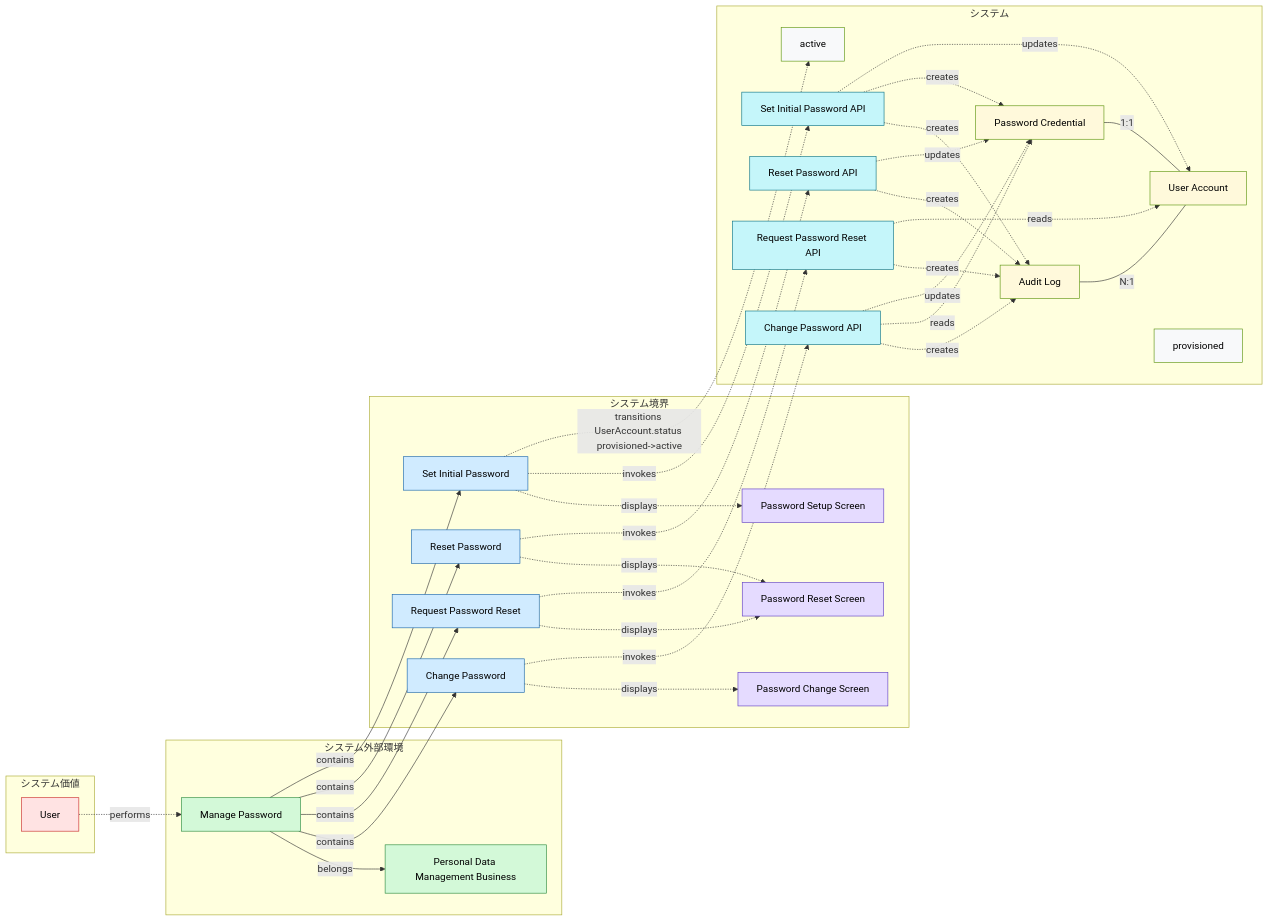
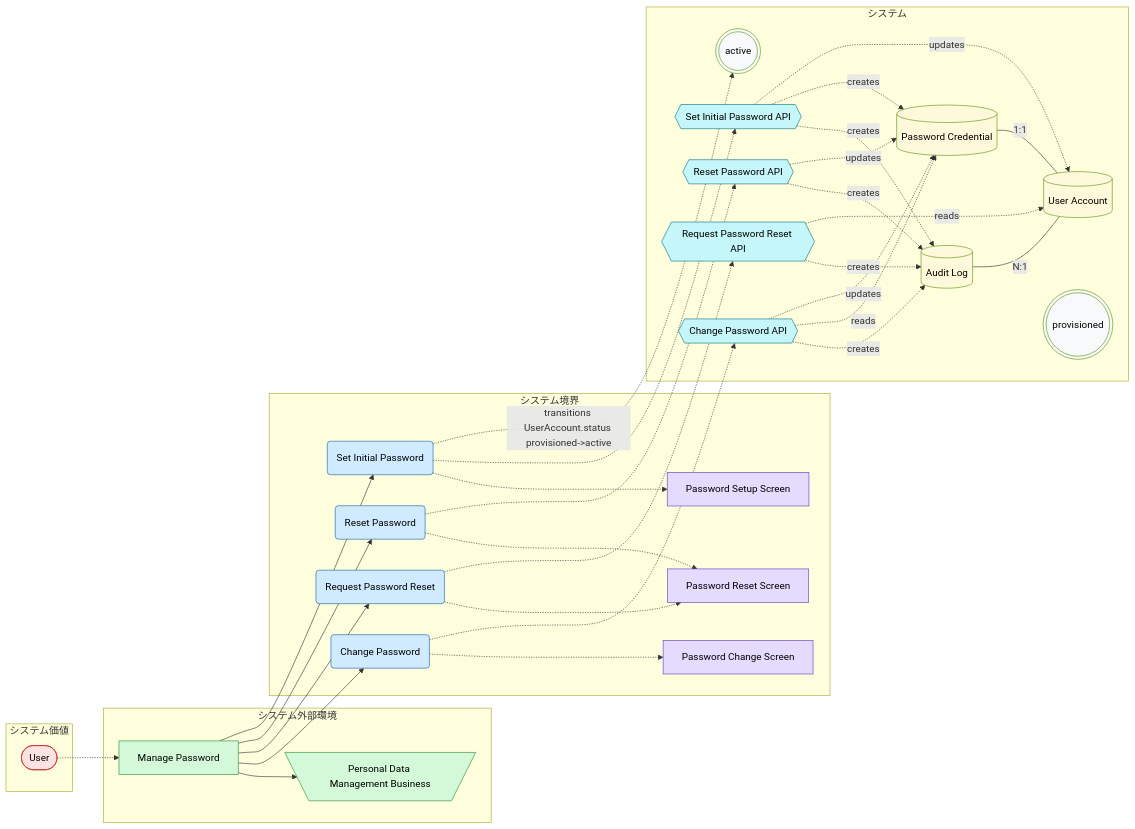
One commit to manji-0/rdra-ish-dsl changed the diagram in samples/personal-info/out/rdra_buc_bucpassword.mmd. Above: the diagram before and after it, drawn with Mermaid. The commit also changed 95 other files, not shown here.

```diff
--- a/samples/personal-info/out/rdra_buc_bucpassword.mmd
+++ b/samples/personal-info/out/rdra_buc_bucpassword.mmd
@@ -1,67 +1,67 @@
 %% rdra-ish diagram=rdra scope=buc:BucPassword model=samples/personal-info
 %% layers: value=システム価値 environment=システム外部環境 boundary=システム境界 system=システム
 %% kinds: actor business buc usecase screen api entity state
 %% omitted: (none)
 flowchart LR
   subgraph layer_value["システム価値"]
-    actor__User["User"]:::actor
+    actor__User(["User"]):::actor
   end
   subgraph layer_environment["システム外部環境"]
-    business__PersonalDataMgmt["Personal Data Management Business"]:::business
+    business__PersonalDataMgmt[\"Personal Data Management Business"/]:::business
     buc__BucPassword["Manage Password"]:::buc
   end
   subgraph layer_boundary["システム境界"]
-    usecase__ChangePassword["Change Password"]:::usecase
-    usecase__RequestPasswordReset["Request Password Reset"]:::usecase
-    usecase__ResetPassword["Reset Password"]:::usecase
-    usecase__SetInitialPassword["Set Initial Password"]:::usecase
+    usecase__ChangePassword("Change Password"):::usecase
+    usecase__RequestPasswordReset("Request Password Reset"):::usecase
+    usecase__ResetPassword("Reset Password"):::usecase
+    usecase__SetInitialPassword("Set Initial Password"):::usecase
     screen__PasswordChangeScreen["Password Change Screen"]:::screen
     screen__PasswordResetScreen["Password Reset Screen"]:::screen
     screen__PasswordSetScreen["Password Setup Screen"]:::screen
   end
   subgraph layer_system["システム"]
-    api__ChangePasswordApi["Change Password API"]:::api
-    api__RequestPasswordResetApi["Request Password Reset API"]:::api
-    api__ResetPasswordApi["Reset Password API"]:::api
-    api__SetInitialPasswordApi["Set Initial Password API"]:::api
-    entity__AuditLog["Audit Log"]:::entity
-    entity__PasswordCredential["Password Credential"]:::entity
-    entity__UserAccount["User Account"]:::entity
-    state__UserAccount_active["active"]:::state
-    state__UserAccount_provisioned["provisioned"]:::state
+    api__ChangePasswordApi{{"Change Password API"}}:::api
+    api__RequestPasswordResetApi{{"Request Password Reset API"}}:::api
+    api__ResetPasswordApi{{"Reset Password API"}}:::api
+    api__SetInitialPasswordApi{{"Set Initial Password API"}}:::api
+    entity__AuditLog[("Audit Log")]:::entity
+    entity__PasswordCredential[("Password Credential")]:::entity
+    entity__UserAccount[("User Account")]:::entity
+    state__UserAccount_active((("active"))):::state
+    state__UserAccount_provisioned((("provisioned"))):::state
   end
-  actor__User -.->|performs| buc__BucPassword
+  actor__User -.-> buc__BucPassword
   api__ChangePasswordApi -.->|creates| entity__AuditLog
   api__ChangePasswordApi -.->|reads| entity__PasswordCredential
   api__ChangePasswordApi -.->|updates| entity__PasswordCredential
   api__RequestPasswordResetApi -.->|creates| entity__AuditLog
   api__RequestPasswordResetApi -.->|reads| entity__UserAccount
   api__ResetPasswordApi -.->|creates| entity__AuditLog
   api__ResetPasswordApi -.->|updates| entity__PasswordCredential
   api__SetInitialPasswordApi -.->|creates| entity__AuditLog
   api__SetInitialPasswordApi -.->|creates| entity__PasswordCredential
   api__SetInitialPasswordApi -.->|updates| entity__UserAccount
-  buc__BucPassword -->|belongs| business__PersonalDataMgmt
-  buc__BucPassword -->|contains| usecase__ChangePassword
-  buc__BucPassword -->|contains| usecase__RequestPasswordReset
-  buc__BucPassword -->|contains| usecase__ResetPassword
-  buc__BucPassword -->|contains| usecase__SetInitialPassword
+  buc__BucPassword --> business__PersonalDataMgmt
+  buc__BucPassword --> usecase__ChangePassword
+  buc__BucPassword --> usecase__RequestPasswordReset
+  buc__BucPassword --> usecase__ResetPassword
+  buc__BucPassword --> usecase__SetInitialPassword
   entity__AuditLog ---|N:1| entity__UserAccount
   entity__PasswordCredential ---|1:1| entity__UserAccount
-  usecase__ChangePassword -.->|displays| screen__PasswordChangeScreen
-  usecase__ChangePassword -.->|invokes| api__ChangePasswordApi
-  usecase__RequestPasswordReset -.->|displays| screen__PasswordResetScreen
-  usecase__RequestPasswordReset -.->|invokes| api__RequestPasswordResetApi
-  usecase__ResetPassword -.->|displays| screen__PasswordResetScreen
-  usecase__ResetPassword -.->|invokes| api__ResetPasswordApi
-  usecase__SetInitialPassword -.->|displays| screen__PasswordSetScreen
-  usecase__SetInitialPassword -.->|invokes| api__SetInitialPasswordApi
+  usecase__ChangePassword -.-> screen__PasswordChangeScreen
+  usecase__ChangePassword -.-> api__ChangePasswordApi
+  usecase__RequestPasswordReset -.-> screen__PasswordResetScreen
+  usecase__RequestPasswordReset -.-> api__RequestPasswordResetApi
+  usecase__ResetPassword -.-> screen__PasswordResetScreen
+  usecase__ResetPassword -.-> api__ResetPasswordApi
+  usecase__SetInitialPassword -.-> screen__PasswordSetScreen
+  usecase__SetInitialPassword -.-> api__SetInitialPasswordApi
   usecase__SetInitialPassword -.->|transitions UserAccount.status provisioned->active| state__UserAccount_active
   classDef actor fill:#ffe3e3,stroke:#c92a2a,color:#000;
   classDef business fill:#d3f9d8,stroke:#2b8a3e,color:#000;
   classDef buc fill:#d3f9d8,stroke:#2b8a3e,color:#000;
   classDef usecase fill:#d0ebff,stroke:#1864ab,color:#000;
   classDef screen fill:#e5dbff,stroke:#5f3dc4,color:#000;
   classDef api fill:#c5f6fa,stroke:#0b7285,color:#000;
   classDef entity fill:#fff9db,stroke:#5c940d,color:#000;
   classDef state fill:#f8f9fa,stroke:#5c940d,color:#000;
```
